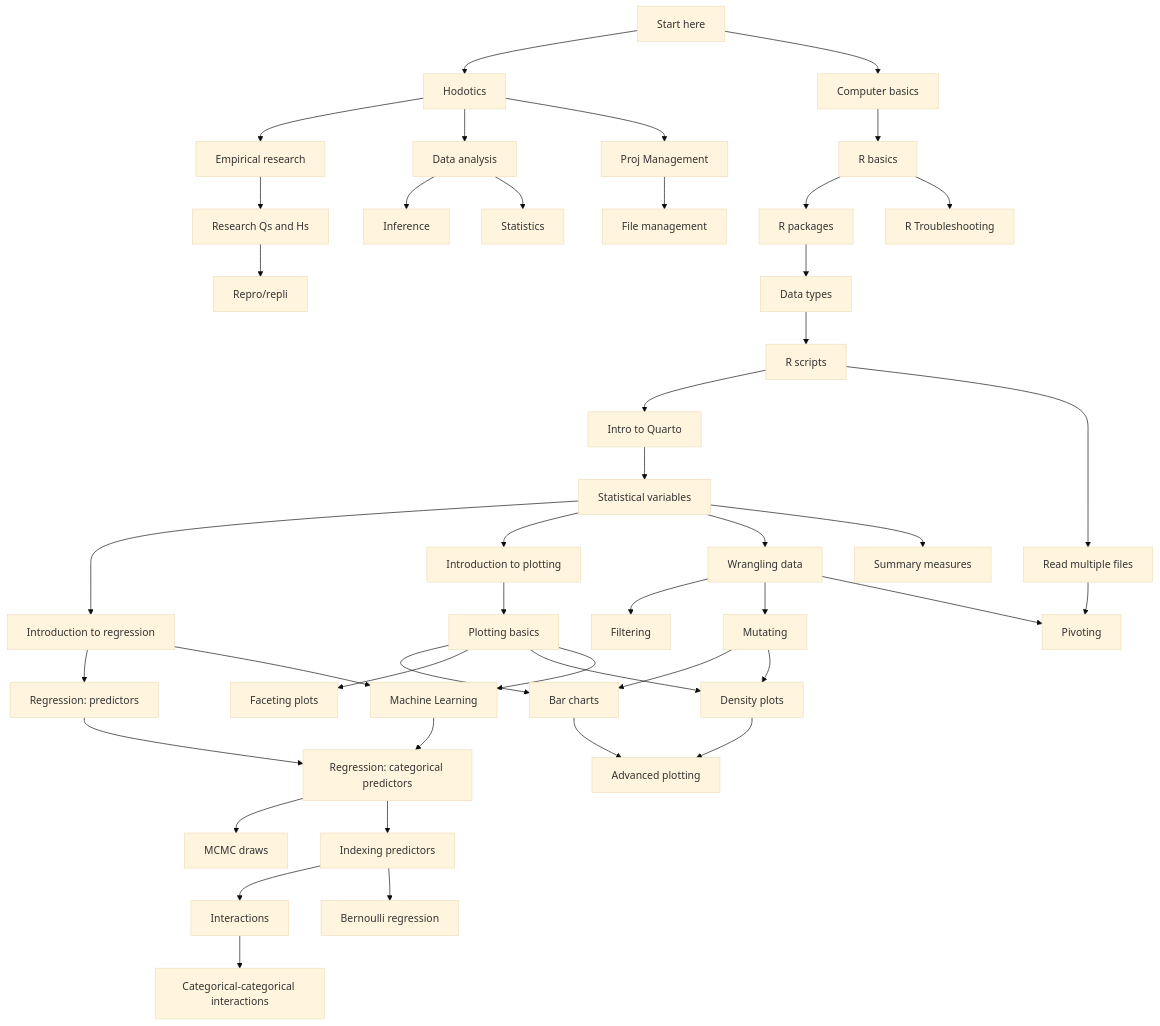
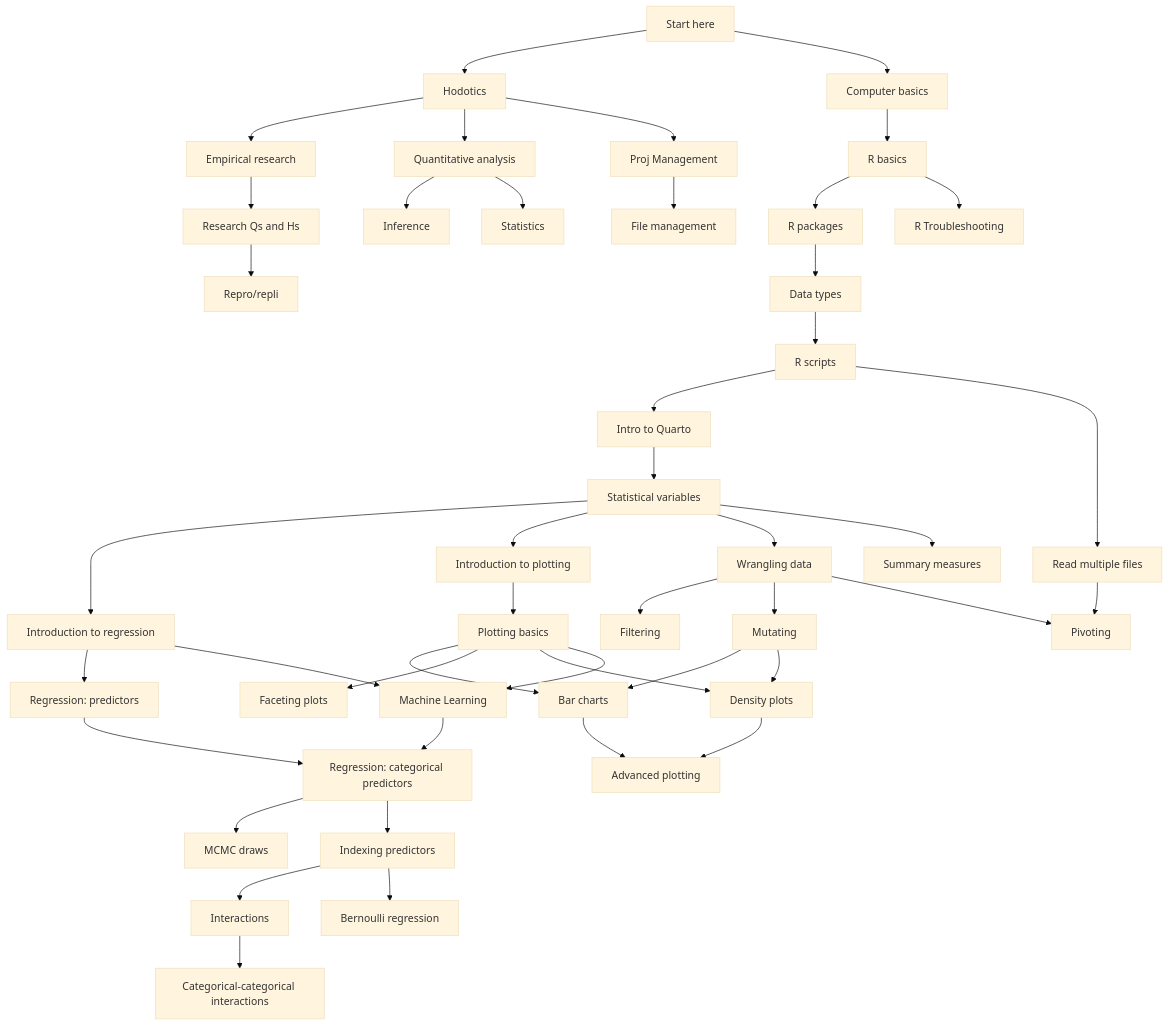
Before and after one commit to uoelel/qml: the diagram in map.qmd, drawn with Mermaid (base theme). The commit also changed 5 other files, not shown here.

```diff
--- a/map.qmd
+++ b/map.qmd
@@ -59,7 +59,7 @@
   click AD href "posts/research-context.html" "Go to page"
   AE[Research Qs and Hs]
   click AE href "posts/research-qh.html" "Go to page"
-  AF[Data analysis]
+  AF[Quantitative analysis]
   click AF href "posts/data-analysis.html" "Go to page"
   AG[Inference]
   click AG href "posts/inference.html" "Go to page"
```
